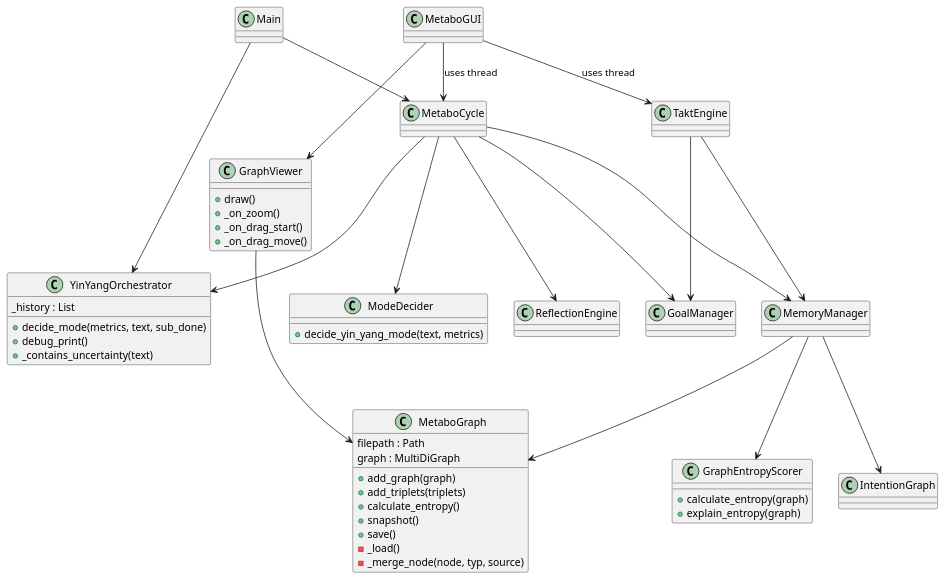
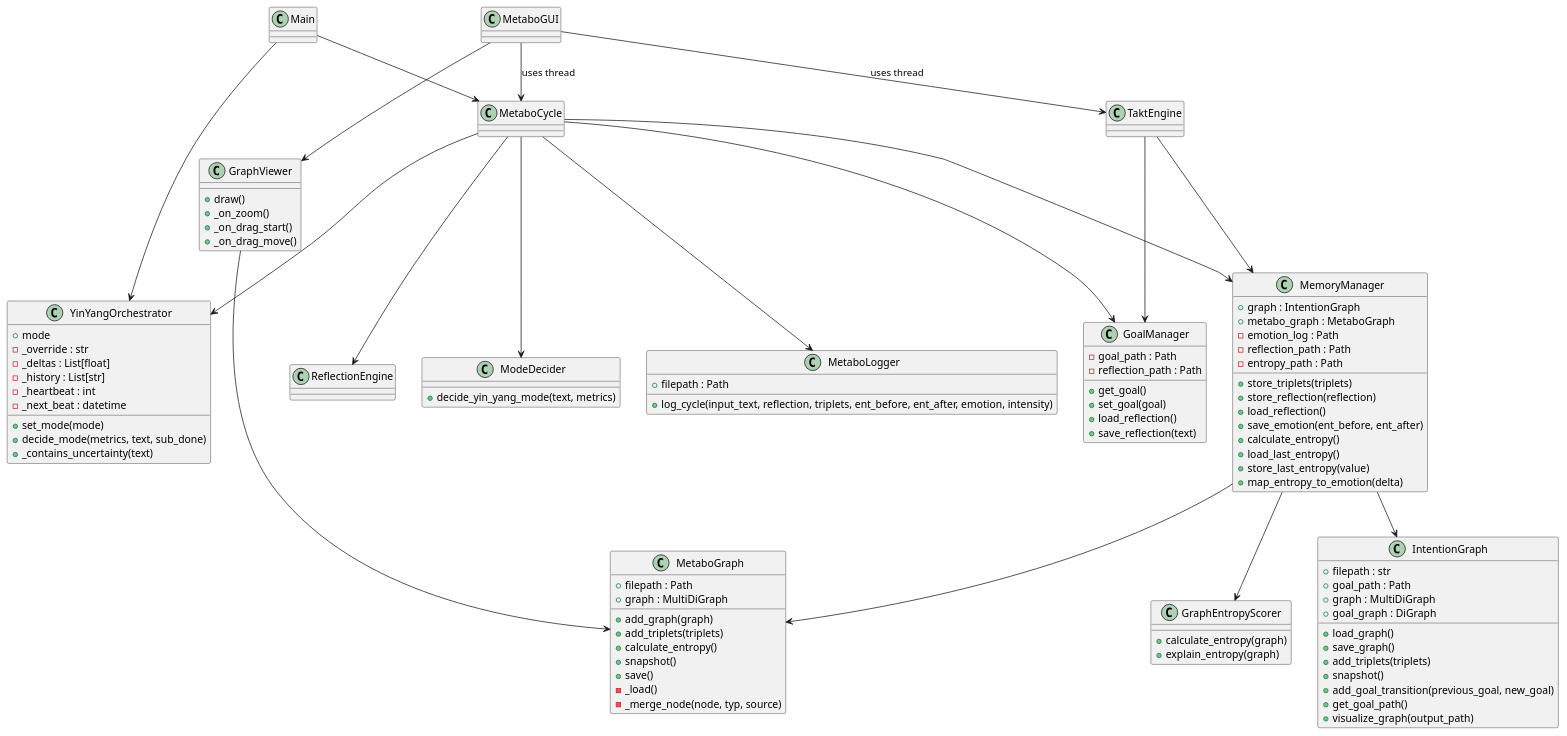
Before and after one commit to marcusreimold/MetaboMind: the diagram in doc/diagrams/class_diagram.puml, drawn with PlantUML. The commit also changed 5 other files, not shown here.

```diff
--- a/doc/diagrams/class_diagram.puml
+++ b/doc/diagrams/class_diagram.puml
@@ -1,52 +1,101 @@
 @startuml
 '/' Updated after adding requirements.txt
 class Main
 class MetaboCycle
-class GoalManager
-class MemoryManager
-class IntentionGraph
+class GoalManager {
+  -goal_path : Path
+  -reflection_path : Path
+  +get_goal()
+  +set_goal(goal)
+  +load_reflection()
+  +save_reflection(text)
+}
+class MemoryManager {
+  +graph : IntentionGraph
+  +metabo_graph : MetaboGraph
+  -emotion_log : Path
+  -reflection_path : Path
+  -entropy_path : Path
+  +store_triplets(triplets)
+  +store_reflection(reflection)
+  +load_reflection()
+  +save_emotion(ent_before, ent_after)
+  +calculate_entropy()
+  +load_last_entropy()
+  +store_last_entropy(value)
+  +map_entropy_to_emotion(delta)
+}
+class IntentionGraph {
+  +filepath : str
+  +goal_path : Path
+  +graph : MultiDiGraph
+  +goal_graph : DiGraph
+  +load_graph()
+  +save_graph()
+  +add_triplets(triplets)
+  +snapshot()
+  +add_goal_transition(previous_goal, new_goal)
+  +get_goal_path()
+  +visualize_graph(output_path)
+}
 class ReflectionEngine
 class TaktEngine
-class YinYangOrchestrator
-class ModeDecider
+class YinYangOrchestrator {
+  +mode
+  -_override : str
+  -_deltas : List[float]
+  -_history : List[str]
+  -_heartbeat : int
+  -_next_beat : datetime
+  +set_mode(mode)
+  +decide_mode(metrics, text, sub_done)
+  +_contains_uncertainty(text)
+}
+class ModeDecider {
+  +decide_yin_yang_mode(text, metrics)
+}
 class MetaboGUI
-class GraphViewer
-class GraphEntropyScorer
-class MetaboGraph
-GraphViewer : +draw()
-GraphViewer : +_on_zoom()
-GraphViewer : +_on_drag_start()
-GraphViewer : +_on_drag_move()
-GraphEntropyScorer : +calculate_entropy(graph)
-GraphEntropyScorer : +explain_entropy(graph)
-MetaboGraph : +add_graph(graph)
-MetaboGraph : +add_triplets(triplets)
-MetaboGraph : +calculate_entropy()
-MetaboGraph : +snapshot()
-MetaboGraph : +save()
-MetaboGraph : -_load()
-MetaboGraph : -_merge_node(node, typ, source)
-MetaboGraph : filepath : Path
-MetaboGraph : graph : MultiDiGraph
-YinYangOrchestrator : +decide_mode(metrics, text, sub_done)
-YinYangOrchestrator : +debug_print()
-YinYangOrchestrator : _history : List
-YinYangOrchestrator : +_contains_uncertainty(text)
-ModeDecider : +decide_yin_yang_mode(text, metrics)
+class GraphViewer {
+  +draw()
+  +_on_zoom()
+  +_on_drag_start()
+  +_on_drag_move()
+}
+class GraphEntropyScorer {
+  +calculate_entropy(graph)
+  +explain_entropy(graph)
+}
+class MetaboGraph {
+  +filepath : Path
+  +graph : MultiDiGraph
+  +add_graph(graph)
+  +add_triplets(triplets)
+  +calculate_entropy()
+  +snapshot()
+  +save()
+  -_load()
+  -_merge_node(node, typ, source)
+}
+class MetaboLogger {
+  +filepath : Path
+  +log_cycle(input_text, reflection, triplets, ent_before, ent_after, emotion, intensity)
+}
+
 Main --> MetaboCycle
 MetaboCycle --> GoalManager
 MetaboCycle --> MemoryManager
 MetaboCycle --> ReflectionEngine
 MetaboCycle --> YinYangOrchestrator
 MetaboCycle --> ModeDecider
 MemoryManager --> IntentionGraph
 MemoryManager --> MetaboGraph
 TaktEngine --> MemoryManager
 TaktEngine --> GoalManager
 Main --> YinYangOrchestrator
 MetaboGUI --> MetaboCycle : uses thread
 MetaboGUI --> TaktEngine : uses thread
 MetaboGUI --> GraphViewer
 MemoryManager --> GraphEntropyScorer
 GraphViewer --> MetaboGraph
+MetaboCycle --> MetaboLogger
 @enduml
```
